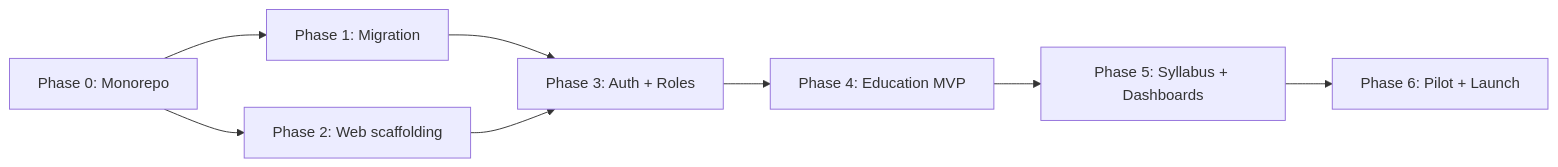
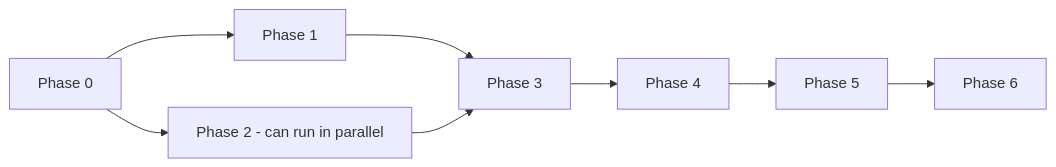
Before and after one commit to ZerebroKid/kidsafe-school: the ninth of 9 diagrams in docs/V2_BUILD_PHASES.md, drawn with Mermaid. The commit also changed other lines of this file and 2 other files, not shown here.

````diff
--- a/docs/V2_BUILD_PHASES.md
+++ b/docs/V2_BUILD_PHASES.md
@@ -579,10 +1512,10 @@
 ```mermaid
 flowchart LR
-  P0[Phase 0: Monorepo] --> P1[Phase 1: Migration]
-  P0 --> P2[Phase 2: Web scaffolding]
-  P1 --> P3[Phase 3: Auth + Roles]
+  P0[Phase 0] --> P1[Phase 1]
+  P0 --> P2[Phase 2 - can run in parallel]
+  P1 --> P3[Phase 3]
   P2 --> P3
-  P3 --> P4[Phase 4: Education MVP]
-  P4 --> P5[Phase 5: Syllabus + Dashboards]
-  P5 --> P6[Phase 6: Pilot + Launch]
+  P3 --> P4[Phase 4]
+  P4 --> P5[Phase 5]
+  P5 --> P6[Phase 6]
 ```
````
